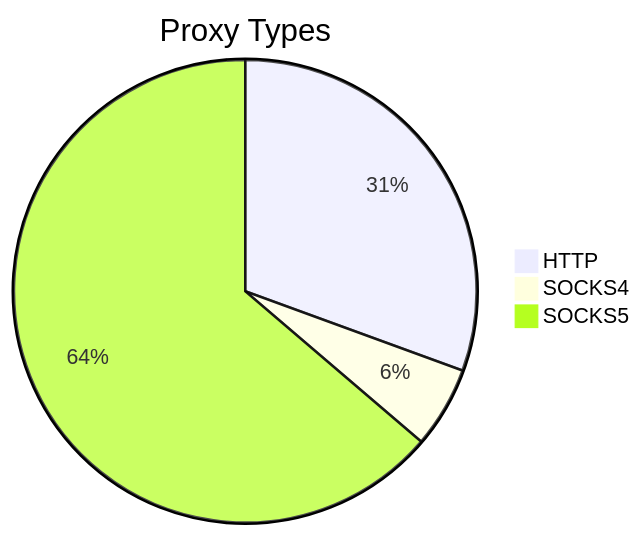
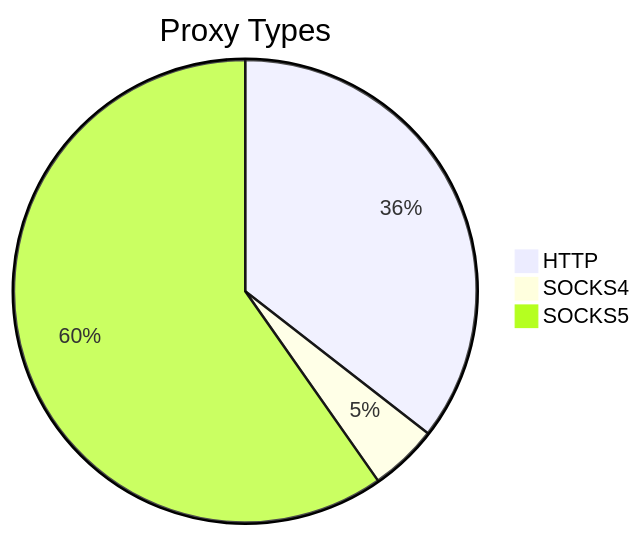
The first of 2 diagrams in README.md (stormsia/proxy-list), drawn with Mermaid before and after one commit. The commit also changed other lines of this file, not shown here.

````diff
--- a/README.md
+++ b/README.md
@@ -21,6 +21,6 @@
 ```mermaid
 pie title Proxy Types
-    "HTTP" : 129
-    "SOCKS4" : 24
-    "SOCKS5" : 269
+    "HTTP" : 157
+    "SOCKS4" : 21
+    "SOCKS5" : 264
 ```
````
